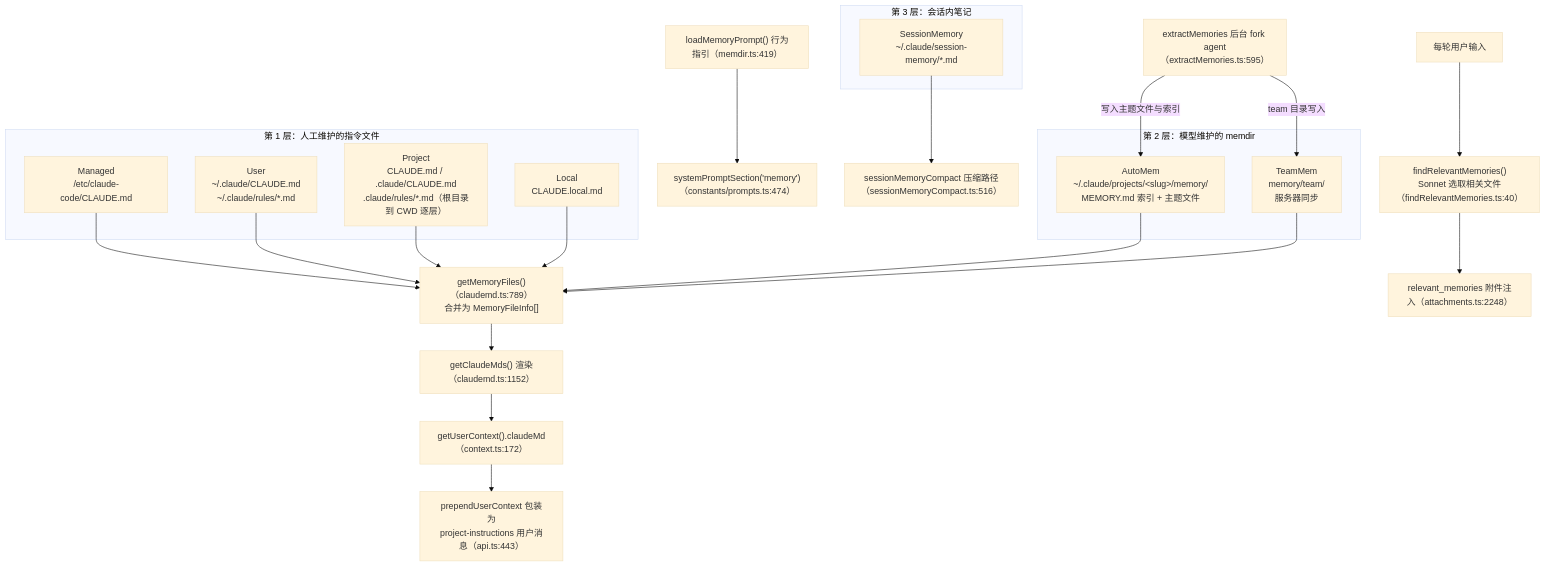
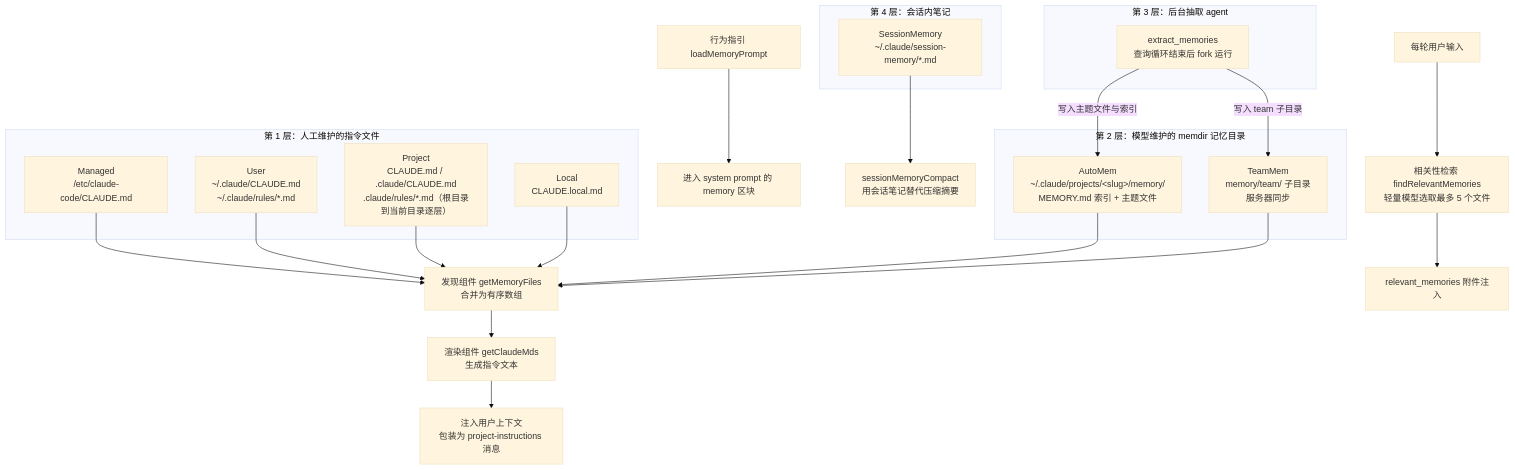
The first of 4 diagrams in agent/learn-cc/memory.md (c926694/obsidian_note), drawn with Mermaid (base theme) before and after one commit. The commit also changed other lines of this file and 6 other files, not shown here.

````diff
--- a/agent/learn-cc/memory.md
+++ b/agent/learn-cc/memory.md
@@ -7,32 +7,33 @@
 ```mermaid
 flowchart TB
   subgraph L1["第 1 层：人工维护的指令文件"]
     M["Managed<br/>/etc/claude-code/CLAUDE.md"]
     U["User<br/>~/.claude/CLAUDE.md<br/>~/.claude/rules/*.md"]
-    P["Project<br/>CLAUDE.md / .claude/CLAUDE.md<br/>.claude/rules/*.md（根目录到 CWD 逐层）"]
+    P["Project<br/>CLAUDE.md / .claude/CLAUDE.md<br/>.claude/rules/*.md（根目录到当前目录逐层）"]
     LO["Local<br/>CLAUDE.local.md"]
   end
-  subgraph L2["第 2 层：模型维护的 memdir"]
+  subgraph L2["第 2 层：模型维护的 memdir 记忆目录"]
     A["AutoMem<br/>~/.claude/projects/&lt;slug&gt;/memory/<br/>MEMORY.md 索引 + 主题文件"]
-    T["TeamMem<br/>memory/team/<br/>服务器同步"]
+    T["TeamMem<br/>memory/team/ 子目录<br/>服务器同步"]
   end
-  subgraph L3["第 3 层：会话内笔记"]
+  subgraph L3["第 3 层：后台抽取 agent"]
+    EM["extract_memories<br/>查询循环结束后 fork 运行"]
+  end
+  subgraph L4["第 4 层：会话内笔记"]
     SM["SessionMemory<br/>~/.claude/session-memory/*.md"]
   end
   M --> GMF
   U --> GMF
   P --> GMF
   LO --> GMF
   A --> GMF
   T --> GMF
-  GMF["getMemoryFiles()（claudemd.ts:789）<br/>合并为 MemoryFileInfo[]"]
-  GMF --> GCM["getClaudeMds() 渲染（claudemd.ts:1152）"]
-  GCM --> UC["getUserContext().claudeMd（context.ts:172）"]
-  UC --> PUC["prependUserContext 包装为<br/>project-instructions 用户消息（api.ts:443）"]
-  LP["loadMemoryPrompt() 行为指引（memdir.ts:419）"] --> SPS["systemPromptSection('memory')（constants/prompts.ts:474）"]
-  Q["每轮用户输入"] --> FRM["findRelevantMemories()<br/>Sonnet 选取相关文件（findRelevantMemories.ts:40）"]
-  FRM --> ATT["relevant_memories 附件注入（attachments.ts:2248）"]
-  EM["extractMemories 后台 fork agent<br/>（extractMemories.ts:595）"] -->|写入主题文件与索引| A
-  EM -->|team 目录写入| T
-  SM --> CMP["sessionMemoryCompact 压缩路径<br/>（sessionMemoryCompact.ts:516）"]
+  GMF["发现组件 getMemoryFiles<br/>合并为有序数组"] --> GCM["渲染组件 getClaudeMds<br/>生成指令文本"]
+  GCM --> UC["注入用户上下文<br/>包装为 project-instructions 消息"]
+  LP["行为指引 loadMemoryPrompt"] --> SPS["进入 system prompt 的 memory 区块"]
+  Q["每轮用户输入"] --> FRM["相关性检索 findRelevantMemories<br/>轻量模型选取最多 5 个文件"]
+  FRM --> ATT["relevant_memories 附件注入"]
+  EM -->|写入主题文件与索引| A
+  EM -->|写入 team 子目录| T
+  SM --> CMP["sessionMemoryCompact<br/>用会话笔记替代压缩摘要"]
 ```
````
